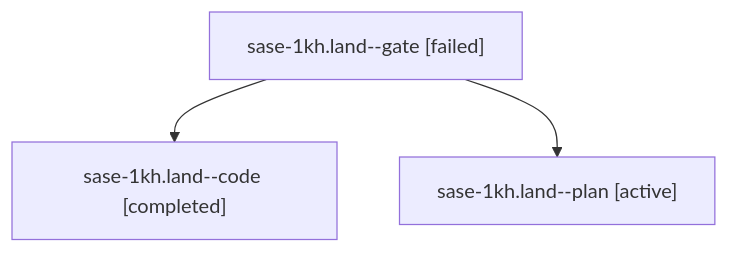
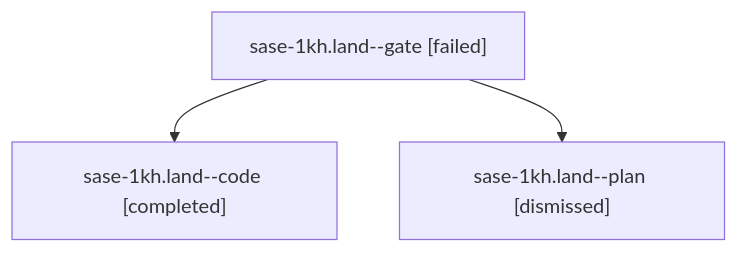
One commit to sase-org/sase--agents changed the diagram in sessions/bbugyi200.apollo.sase-1kh.land.md. Above: the diagram before and after it, drawn with Mermaid. The commit also changed other lines of this file and 90 other files, not shown here.

````diff
--- a/sessions/bbugyi200.apollo.sase-1kh.land.md
+++ b/sessions/bbugyi200.apollo.sase-1kh.land.md
@@ -9,8 +9,8 @@
 ```mermaid
 flowchart TD
   n0["sase-1kh.land--gate [failed]"]
   n1["sase-1kh.land--code [completed]"]
   n0 --> n1
-  n2["sase-1kh.land--plan [active]"]
+  n2["sase-1kh.land--plan [dismissed]"]
   n0 --> n2
 ```
````
